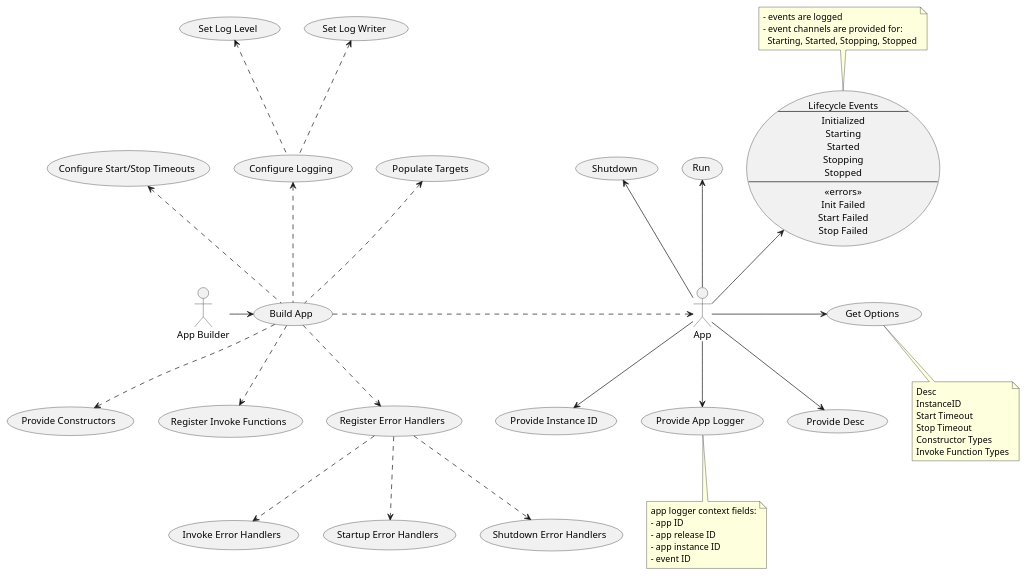
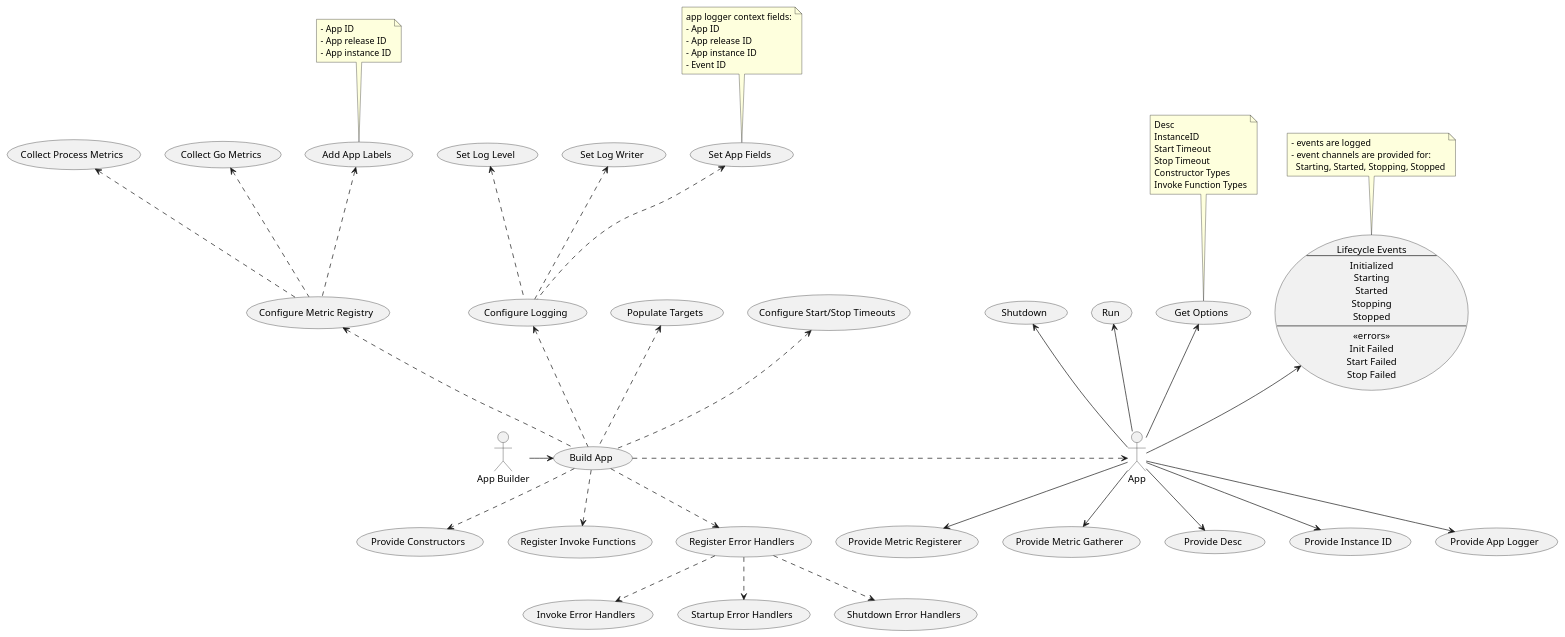
Before and after one commit to oysterpack/andiamo: the diagram in pkg/fxapp/usecases.puml, drawn with PlantUML. The commit also changed 2 other files, not shown here.

Commit message:
integrating prometheus metrics into fxapp
- prometheus.Registerer and prometheus.Gatherer are provided by the fxapp.App
- all metrics are labeled with app info: App ID, ReleaseID, and InstanceID

```diff
--- a/pkg/fxapp/usecases.puml
+++ b/pkg/fxapp/usecases.puml
@@ -1,93 +1,118 @@
 @startuml
 :App Builder: as Builder
 actor App
 
 (Build App) as (Build)
 (Provide Constructors) as (Provide)
 (Register Invoke Functions) as (Invoke)
 
 (Register Error Handlers) as (ErrorHandlers)
 (Invoke Error Handlers) as (InvokeErrorHandlers)
 (Startup Error Handlers) as (StartupErrorHandlers)
 (Shutdown Error Handlers) as (ShutdownErrorHandlers)
 
 (Populate Targets) as (Populate)
 
 (Configure Logging) as (Logging)
 (Set Log Writer) as (LogWriter)
 (Set Log Level) as (LogLevel)
+(Set App Fields) as (LoggerAppFields)
+
+note top
+app logger context fields:
+- App ID
+- App release ID
+- App instance ID
+- Event ID
+end note
+
+(Configure Metric Registry) as (Metrics)
+(Collect Go Metrics) as (GoCollector)
+(Collect Process Metrics) as (ProcessCollector)
+(Add App Labels) as (MetricAppLabels)
+
+note top
+- App ID
+- App release ID
+- App instance ID
+end note
 
 (Configure Start/Stop Timeouts) as (Timeouts)
 
 Builder -> Build
 Build ..> Provide
 Build ..> Invoke
 Build ..> ErrorHandlers
 ErrorHandlers ..> InvokeErrorHandlers
 ErrorHandlers ..> StartupErrorHandlers
 ErrorHandlers ..> ShutdownErrorHandlers
 Build .up.> Populate
 
 Build .up.> Logging
 Logging .up.> LogWriter
 Logging .up.> LogLevel
+Logging .up.> LoggerAppFields
+
+Build .up.> Metrics
+Metrics .up.> GoCollector
+Metrics .up.> ProcessCollector
+Metrics .up.> MetricAppLabels
 
 Build .up.> Timeouts
 
 Build .> App
 
 (Provide Desc) as (Desc)
 (Provide Instance ID) as (InstanceID)
 (Provide App Logger) as (AppLogger)
 
-note bottom
-app logger context fields:
-- app ID
-- app release ID
-- app instance ID
-- event ID
-end note
+
+
+(Provide Metric Registerer) as (MetricRegistry)
+(Provide Metric Gatherer) as (MetricGatherer)
 
 (Run)
 (Shutdown)
 usecase Lifecycle as "
 Lifecycle Events
 ---
 Initialized
 Starting
 Started
 Stopping
 Stopped
 ---
 <<errors>>
 Init Failed
 Start Failed
 Stop Failed
 "
 
 note top
 - events are logged
 - event channels are provided for:
   Starting, Started, Stopping, Stopped
 end note
 
 (Get Options) as (Options)
 
-note bottom
+note top
 Desc
 InstanceID
 Start Timeout
 Stop Timeout
 Constructor Types
 Invoke Function Types
 end note
 
 App --> Desc
 App --> InstanceID
 App --> AppLogger
-App -> Options
+App --> MetricRegistry
+App --> MetricGatherer
+App -up-> Options
 App -up-> Run
 App -up-> Shutdown
 App -up-> Lifecycle
 
 @enduml
```
